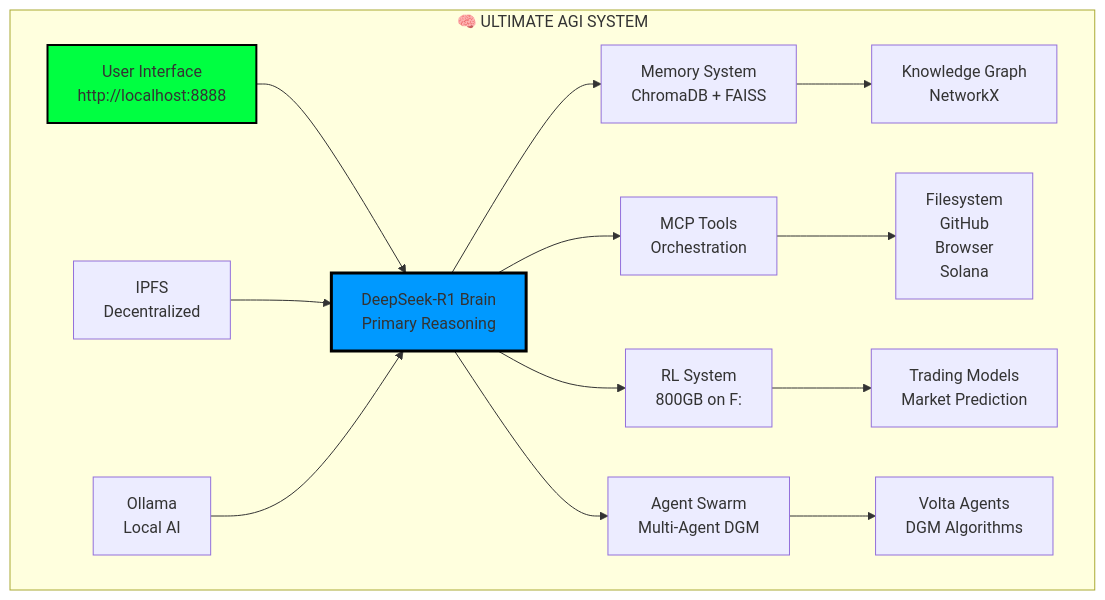
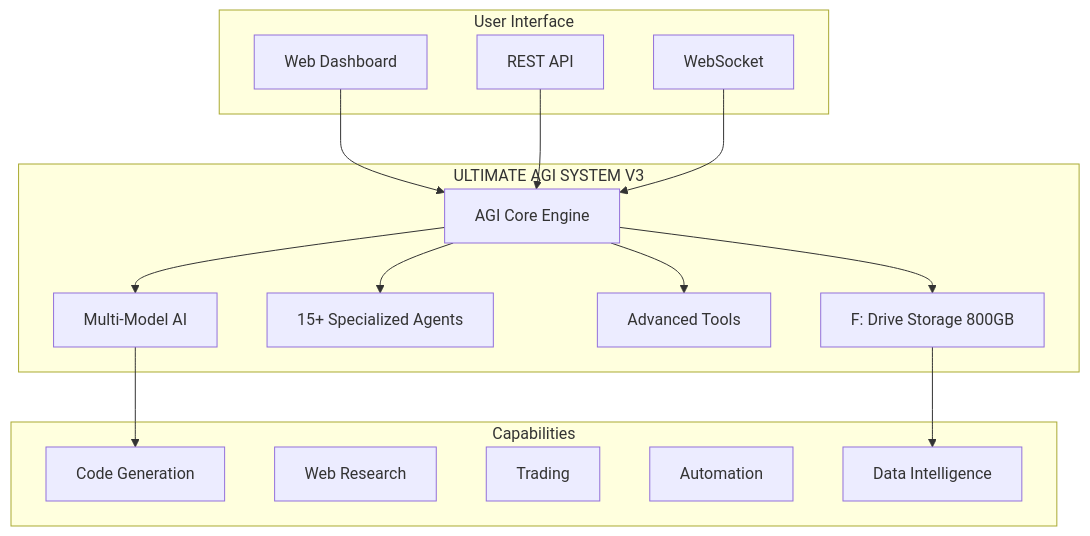
Before and after one commit to MCPVOT/mcpvotsagi: the first of 2 diagrams in README.md, drawn with Mermaid. The commit also changed other lines of this file and 112 other files, not shown here.

````diff
--- a/README.md
+++ b/README.md
@@ -35,21 +31,34 @@
 ```mermaid
 graph TB
-    subgraph "🧠 ULTIMATE AGI SYSTEM"
-        A[User Interface<br/>http://localhost:8888] --> B[DeepSeek-R1 Brain<br/>Primary Reasoning]
-        B --> C[Memory System<br/>ChromaDB + FAISS]
-        B --> D[MCP Tools<br/>Orchestration]
-        B --> E[RL System<br/>800GB on F:]
-        B --> F[Agent Swarm<br/>Multi-Agent DGM]
-        
-        C --> G[Knowledge Graph<br/>NetworkX]
-        D --> H[Filesystem<br/>GitHub<br/>Browser<br/>Solana]
-        E --> I[Trading Models<br/>Market Prediction]
-        F --> J[Volta Agents<br/>DGM Algorithms]
-        
-        K[IPFS<br/>Decentralized] --> B
-        L[Ollama<br/>Local AI] --> B
+    subgraph "User Interface"
+        WEB[Web Dashboard]
+        API[REST API]
+        WS[WebSocket]
     end
-    
-    style A fill:#00ff41,stroke:#000,stroke-width:2px
-    style B fill:#0099ff,stroke:#000,stroke-width:3px
+
+    subgraph "ULTIMATE AGI SYSTEM V3"
+        CORE[AGI Core Engine]
+        AI[Multi-Model AI]
+        AGENTS[15+ Specialized Agents]
+        TOOLS[Advanced Tools]
+        STORAGE[F: Drive Storage 800GB]
+    end
+
+    subgraph "Capabilities"
+        CODE[Code Generation]
+        RESEARCH[Web Research]
+        TRADE[Trading]
+        AUTO[Automation]
+        DATA[Data Intelligence]
+    end
+
+    WEB --> CORE
+    API --> CORE
+    WS --> CORE
+    CORE --> AI
+    CORE --> AGENTS
+    CORE --> TOOLS
+    CORE --> STORAGE
+    AI --> CODE
+    STORAGE --> DATA
 ```
````
